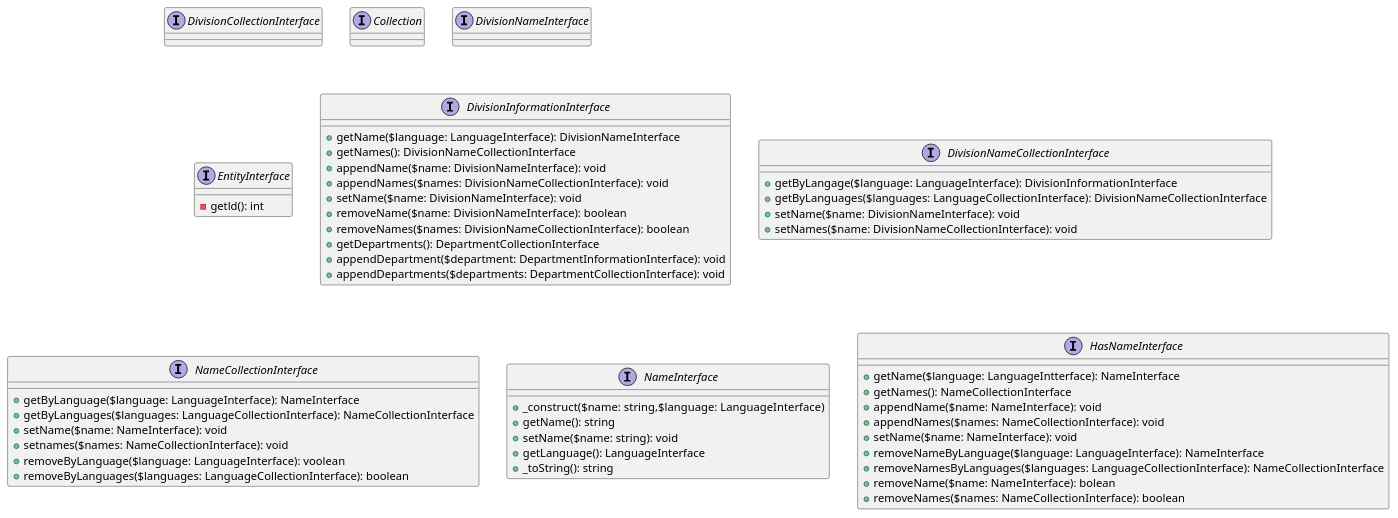
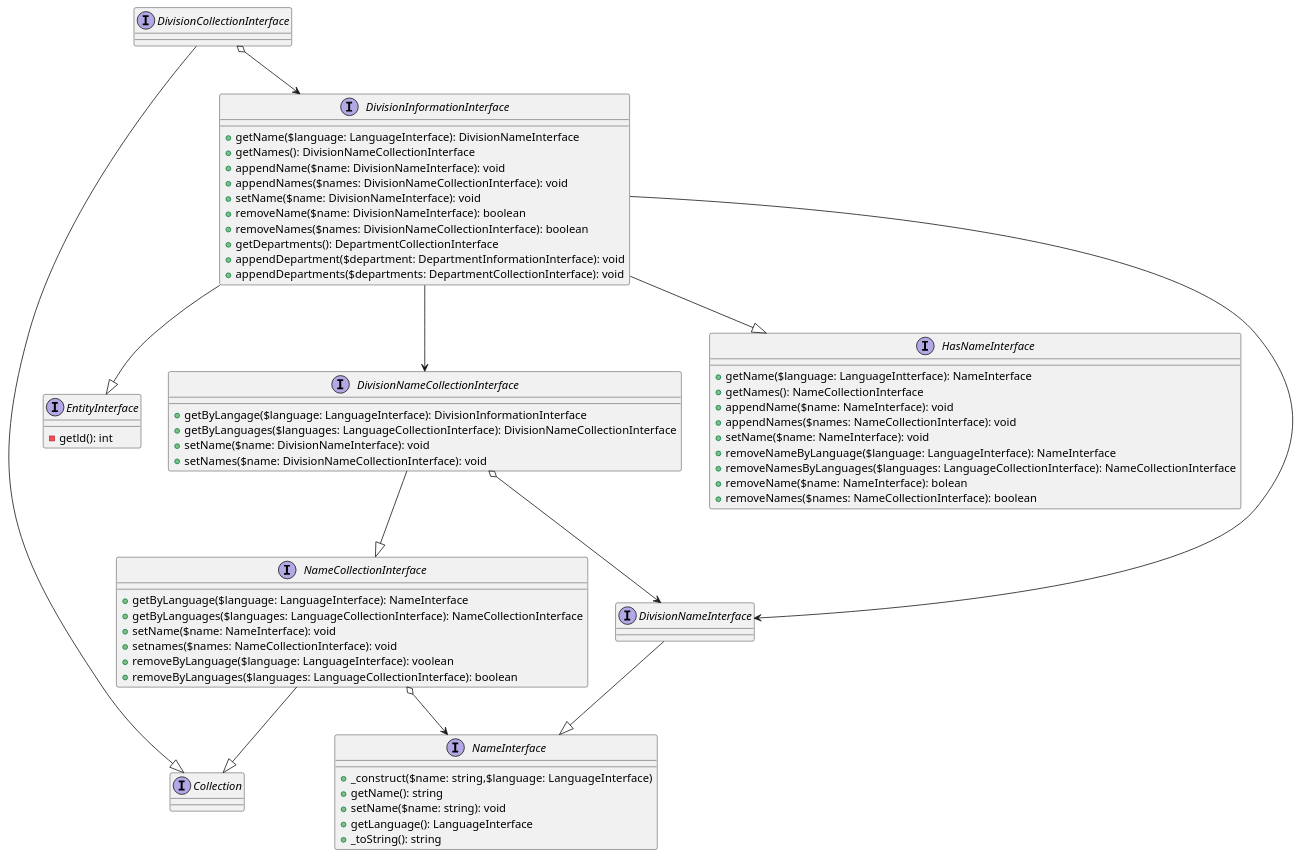
One commit to NUOCW/ocw-cms changed the diagram in doc/diagram/NUOCW/CoreBundle/Entitiy/Division/DivisionInformationInterface.puml. Above: the diagram before and after it, drawn with PlantUML.

Commit message:
UML図のPlantUML化
Division

```diff
--- a/doc/diagram/NUOCW/CoreBundle/Entitiy/Division/DivisionInformationInterface.puml
+++ b/doc/diagram/NUOCW/CoreBundle/Entitiy/Division/DivisionInformationInterface.puml
@@ -1,56 +1,89 @@
 @startuml
 
 interface DivisionCollectionInterface
+
 interface Collection
+
 interface DivisionNameInterface
+
 interface EntityInterface {
     -getld(): int
 }
+
 interface DivisionInformationInterface {
     +getName($language: LanguageInterface): DivisionNameInterface
     +getNames(): DivisionNameCollectionInterface
     +appendName($name: DivisionNameInterface): void
     +appendNames($names: DivisionNameCollectionInterface): void
     +setName($name: DivisionNameInterface): void
     +removeName($name: DivisionNameInterface): boolean
     +removeNames($names: DivisionNameCollectionInterface): boolean
     +getDepartments(): DepartmentCollectionInterface
     +appendDepartment($department: DepartmentInformationInterface): void
     +appendDepartments($departments: DepartmentCollectionInterface): void
 }
-interface DivisionNameCollectionInterface {
+
+interface  DivisionNameCollectionInterface{
     +getByLangage($language: LanguageInterface): DivisionInformationInterface
     +getByLanguages($languages: LanguageCollectionInterface): DivisionNameCollectionInterface
     +setName($name: DivisionNameInterface): void
     +setNames($name: DivisionNameCollectionInterface): void
 }
+
 interface NameCollectionInterface {
     +getByLanguage($language: LanguageInterface): NameInterface
     +getByLanguages($languages: LanguageCollectionInterface): NameCollectionInterface
     +setName($name: NameInterface): void
     +setnames($names: NameCollectionInterface): void
     +removeByLanguage($language: LanguageInterface): voolean
     +removeByLanguages($languages: LanguageCollectionInterface): boolean
 }
+
 interface NameInterface {
     +_construct($name:  string,$language: LanguageInterface)
     +getName(): string
     +setName($name: string): void
     +getLanguage(): LanguageInterface
     +_toString(): string
 }
+
 interface HasNameInterface {
     +getName($language: LanguageIntterface): NameInterface
     +getNames(): NameCollectionInterface
     +appendName($name: NameInterface): void
     +appendNames($names: NameCollectionInterface): void
     +setName($name: NameInterface): void
     +removeNameByLanguage($language: LanguageInterface): NameInterface
     +removeNamesByLanguages($languages: LanguageCollectionInterface): NameCollectionInterface
     +removeName($name: NameInterface): bolean
     +removeNames($names: NameCollectionInterface): boolean
 }
 
+DivisionCollectionInterface o--> DivisionInformationInterface
+
+DivisionInformationInterface --> DivisionNameInterface
+
+DivisionInformationInterface --> DivisionNameCollectionInterface
+
+DivisionInformationInterface --|> EntityInterface
+
+DivisionInformationInterface --|> HasNameInterface
+
+DivisionCollectionInterface --|>Collection
+
+DivisionNameCollectionInterface --|> NameCollectionInterface
+
+DivisionNameCollectionInterface o--> DivisionNameInterface
+
+NameCollectionInterface --|>Collection
+
+NameCollectionInterface o--> NameInterface
+
+DivisionNameInterface --|> NameInterface
+
+
+
+
 
 
 @enduml
```
